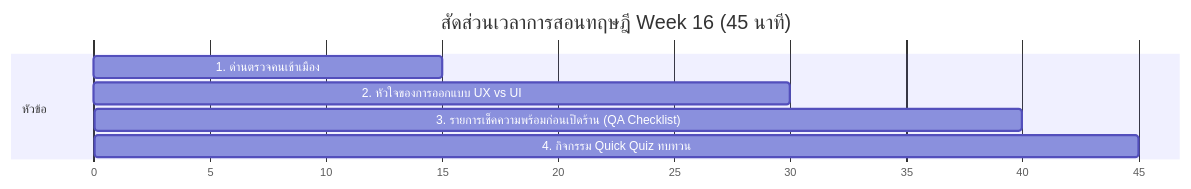
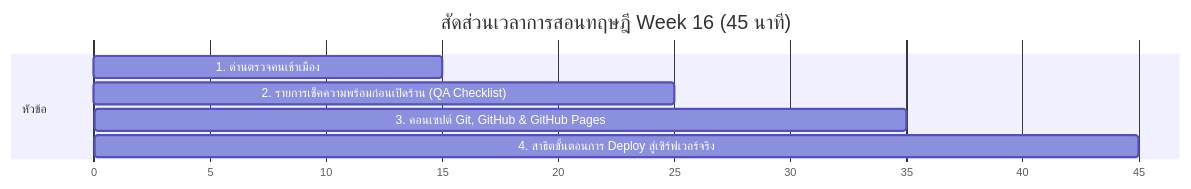
Before and after one commit to jirawat9ball/Website_lesson_plan: the diagram in Week 16/Teacher/README.md, drawn with Mermaid. The commit also changed other lines of this file and 22 other files, not shown here.

````diff
--- a/Week 16/Teacher/README.md
+++ b/Week 16/Teacher/README.md
@@ -8,11 +8,11 @@
 ```mermaid
 gantt
     title สัดส่วนเวลาการสอนทฤษฎี Week 16 (45 นาที)
     dateFormat  X
     axisFormat %s
     section หัวข้อ
     1. ด่านตรวจคนเข้าเมือง: Responsive QA : active, 0, 15
-    2. หัวใจของการออกแบบ UX vs UI : 15, 30
-    3. รายการเช็คความพร้อมก่อนเปิดร้าน (QA Checklist) : 30, 40
-    4. กิจกรรม Quick Quiz ทบทวน : 40, 45
+    2. รายการเช็คความพร้อมก่อนเปิดร้าน (QA Checklist) : 15, 25
+    3. คอนเซปต์ Git, GitHub & GitHub Pages : 25, 35
+    4. สาธิตขั้นตอนการ Deploy สู่เซิร์ฟเวอร์จริง : 35, 45
 ```
````
